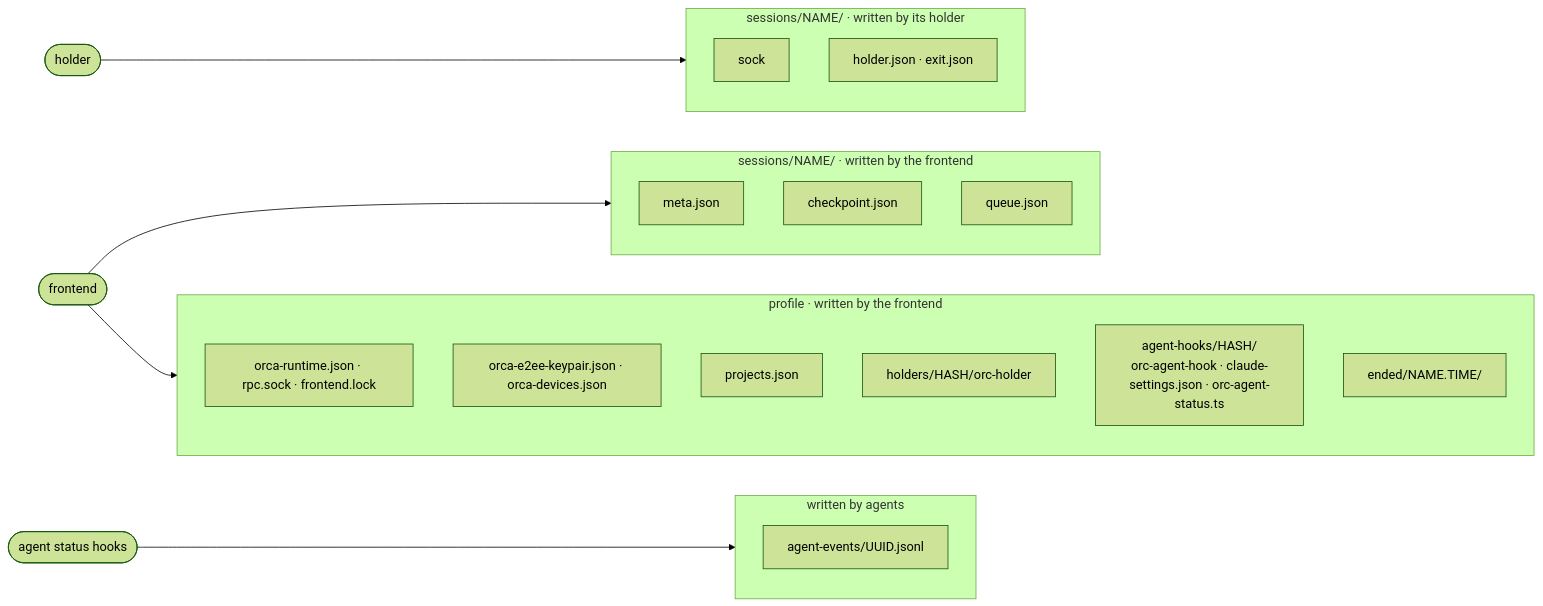
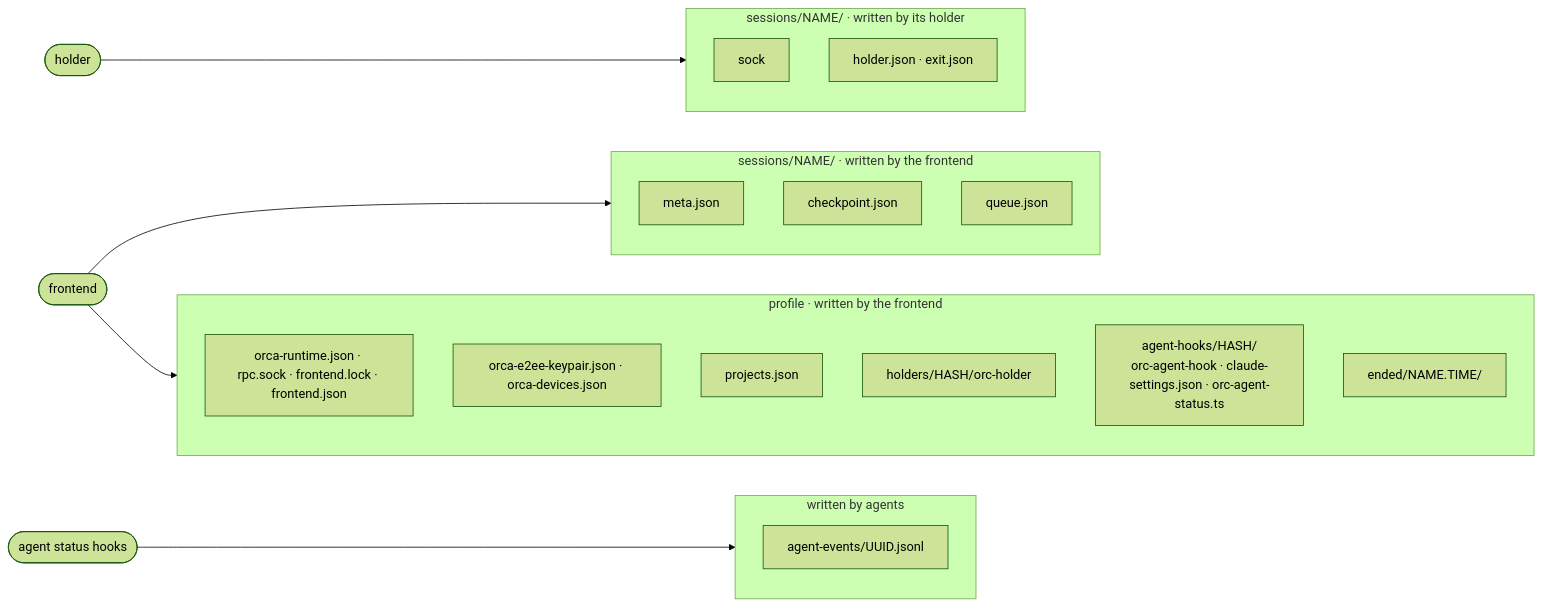
The second of 7 diagrams in slim/ARCHITECTURE.md (phillipleblanc/orc), drawn with Mermaid (forest theme) before and after one commit. The commit also changed other lines of this file and 23 other files, not shown here.

First line of the commit message:
Serve the Orca mobile app from the slim runtime

````diff
--- a/slim/ARCHITECTURE.md
+++ b/slim/ARCHITECTURE.md
@@ -69,35 +78,35 @@
 ```mermaid
 flowchart LR
     holderProcess(["holder"])
     frontendProcess(["frontend"])
 
     subgraph holderFiles["sessions/NAME/ · written by its holder"]
         sock["sock"]
         holderRecord["holder.json · exit.json"]
     end
 
     subgraph sessionFiles["sessions/NAME/ · written by the frontend"]
         meta["meta.json"]
         checkpoint["checkpoint.json"]
         queue["queue.json"]
     end
 
     agentProcess(["agent status hooks"])
     subgraph eventFiles["written by agents"]
         events["agent-events/UUID.jsonl"]
     end
 
     subgraph profileFiles["profile · written by the frontend"]
-        runtime["orca-runtime.json · rpc.sock · frontend.lock"]
+        runtime["orca-runtime.json · rpc.sock · frontend.lock · frontend.json"]
         identity["orca-e2ee-keypair.json · orca-devices.json"]
         projects["projects.json"]
         binaries["holders/HASH/orc-holder"]
         hookFiles["agent-hooks/HASH/<br/>orc-agent-hook · claude-settings.json · orc-agent-status.ts"]
         ended["ended/NAME.TIME/"]
     end
 
     holderProcess --> holderFiles
     frontendProcess --> sessionFiles
     frontendProcess --> profileFiles
     agentProcess --> eventFiles
 ```
````
